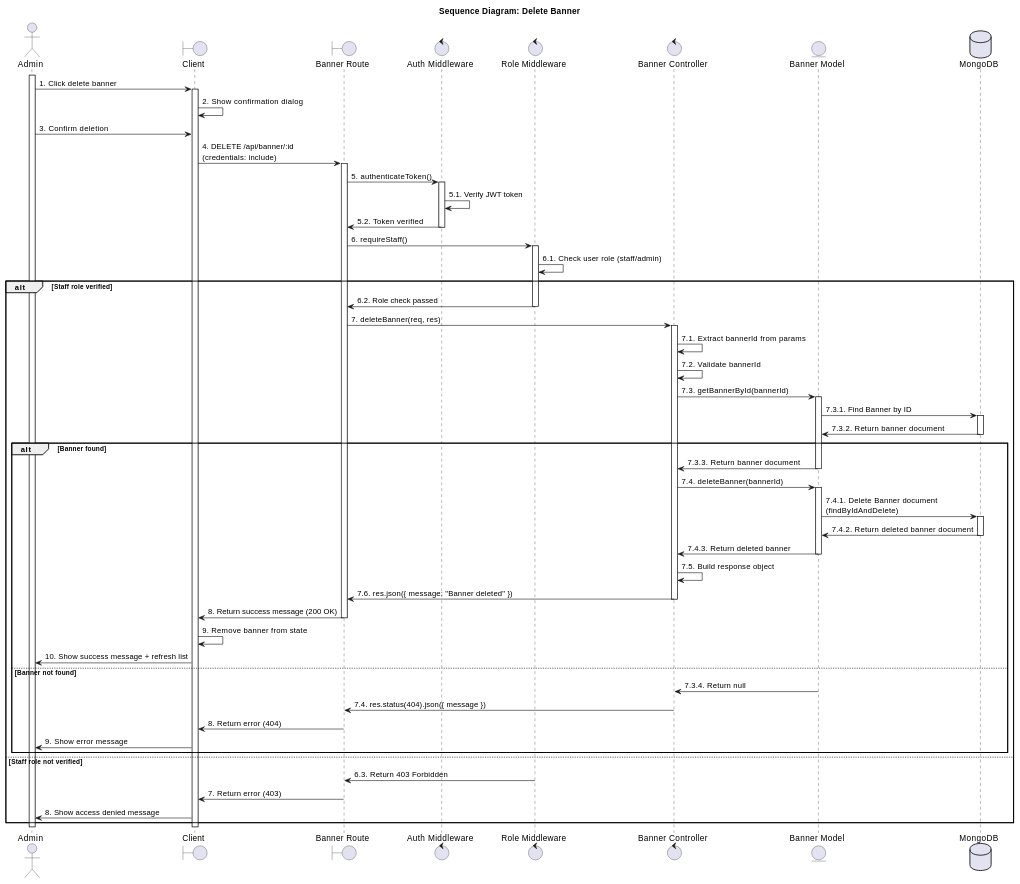
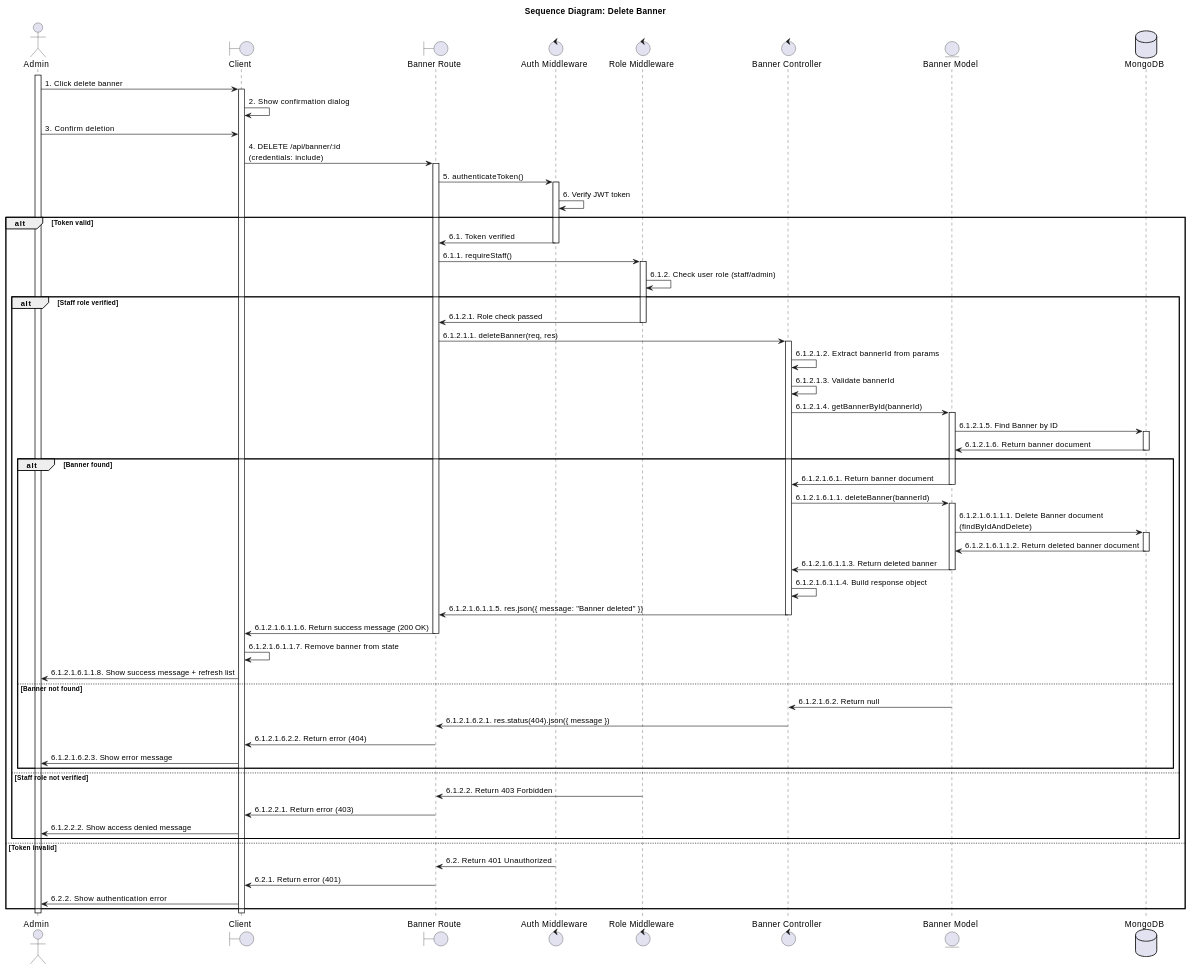
Before and after one commit to SvnFrs/re-oldvibes: the eighth of 10 diagrams in SEQUENCE_DIAGRAMS_UC.md, drawn with PlantUML. The commit also changed other lines of this file, not shown here.

```diff
--- a/SEQUENCE_DIAGRAMS_UC.md
+++ b/SEQUENCE_DIAGRAMS_UC.md
@@ -688,58 +868,66 @@
 activate Route
 Route -> AuthMiddleware : 5. authenticateToken()
 activate AuthMiddleware
-AuthMiddleware -> AuthMiddleware : 5.1. Verify JWT token
-AuthMiddleware -> Route : 5.2. Token verified
-deactivate AuthMiddleware
-Route -> RoleMiddleware : 6. requireStaff()
-activate RoleMiddleware
-RoleMiddleware -> RoleMiddleware : 6.1. Check user role (staff/admin)
-alt Staff role verified
-    RoleMiddleware -> Route : 6.2. Role check passed
-    deactivate RoleMiddleware
-    Route -> Controller : 7. deleteBanner(req, res)
-    activate Controller
-    Controller -> Controller : 7.1. Extract bannerId from params
-    Controller -> Controller : 7.2. Validate bannerId
-    Controller -> Model : 7.3. getBannerById(bannerId)
-    activate Model
-    Model -> Database : 7.3.1. Find Banner by ID
-    activate Database
-    Database -> Model : 7.3.2. Return banner document
-    deactivate Database
-    alt Banner found
-        Model -> Controller : 7.3.3. Return banner document
-        deactivate Model
-        Controller -> Model : 7.4. deleteBanner(bannerId)
+AuthMiddleware -> AuthMiddleware : 6. Verify JWT token
+alt Token valid
+    AuthMiddleware -> Route : 6.1. Token verified
+    deactivate AuthMiddleware
+    Route -> RoleMiddleware : 6.1.1. requireStaff()
+    activate RoleMiddleware
+    RoleMiddleware -> RoleMiddleware : 6.1.2. Check user role (staff/admin)
+    alt Staff role verified
+        RoleMiddleware -> Route : 6.1.2.1. Role check passed
+        deactivate RoleMiddleware
+        Route -> Controller : 6.1.2.1.1. deleteBanner(req, res)
+        activate Controller
+        Controller -> Controller : 6.1.2.1.2. Extract bannerId from params
+        Controller -> Controller : 6.1.2.1.3. Validate bannerId
+        Controller -> Model : 6.1.2.1.4. getBannerById(bannerId)
         activate Model
-        Model -> Database : 7.4.1. Delete Banner document\n(findByIdAndDelete)
+        Model -> Database : 6.1.2.1.5. Find Banner by ID
         activate Database
-        Database -> Model : 7.4.2. Return deleted banner document
+        Database -> Model : 6.1.2.1.6. Return banner document
         deactivate Database
-        Model -> Controller : 7.4.3. Return deleted banner
-        deactivate Model
-        Controller -> Controller : 7.5. Build response object
-        Controller -> Route : 7.6. res.json({ message: "Banner deleted" })
-        deactivate Controller
-        Route -> Client : 8. Return success message (200 OK)
+        alt Banner found
+            Model -> Controller : 6.1.2.1.6.1. Return banner document
+            deactivate Model
+            Controller -> Model : 6.1.2.1.6.1.1. deleteBanner(bannerId)
+            activate Model
+            Model -> Database : 6.1.2.1.6.1.1.1. Delete Banner document\n(findByIdAndDelete)
+            activate Database
+            Database -> Model : 6.1.2.1.6.1.1.2. Return deleted banner document
+            deactivate Database
+            Model -> Controller : 6.1.2.1.6.1.1.3. Return deleted banner
+            deactivate Model
+            Controller -> Controller : 6.1.2.1.6.1.1.4. Build response object
+            Controller -> Route : 6.1.2.1.6.1.1.5. res.json({ message: "Banner deleted" })
+            deactivate Controller
+            Route -> Client : 6.1.2.1.6.1.1.6. Return success message (200 OK)
+            deactivate Route
+            Client -> Client : 6.1.2.1.6.1.1.7. Remove banner from state
+            Client -> Admin : 6.1.2.1.6.1.1.8. Show success message + refresh list
+        else Banner not found
+            Model -> Controller : 6.1.2.1.6.2. Return null
+            deactivate Model
+            Controller -> Route : 6.1.2.1.6.2.1. res.status(404).json({ message })
+            deactivate Controller
+            Route -> Client : 6.1.2.1.6.2.2. Return error (404)
+            deactivate Route
+            Client -> Admin : 6.1.2.1.6.2.3. Show error message
+        end
+    else Staff role not verified
+        RoleMiddleware -> Route : 6.1.2.2. Return 403 Forbidden
+        deactivate RoleMiddleware
+        Route -> Client : 6.1.2.2.1. Return error (403)
         deactivate Route
-        Client -> Client : 9. Remove banner from state
-        Client -> Admin : 10. Show success message + refresh list
-    else Banner not found
-        Model -> Controller : 7.3.4. Return null
-        deactivate Model
-        Controller -> Route : 7.4. res.status(404).json({ message })
-        deactivate Controller
-        Route -> Client : 8. Return error (404)
-        deactivate Route
-        Client -> Admin : 9. Show error message
+        Client -> Admin : 6.1.2.2.2. Show access denied message
     end
-else Staff role not verified
-    RoleMiddleware -> Route : 6.3. Return 403 Forbidden
-    deactivate RoleMiddleware
-    Route -> Client : 7. Return error (403)
+else Token invalid
+    AuthMiddleware -> Route : 6.2. Return 401 Unauthorized
+    deactivate AuthMiddleware
+    Route -> Client : 6.2.1. Return error (401)
     deactivate Route
-    Client -> Admin : 8. Show access denied message
+    Client -> Admin : 6.2.2. Show authentication error
 end
 deactivate Client
 deactivate Admin
```
